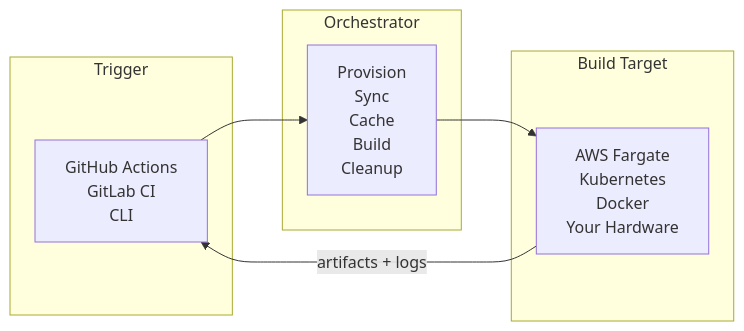
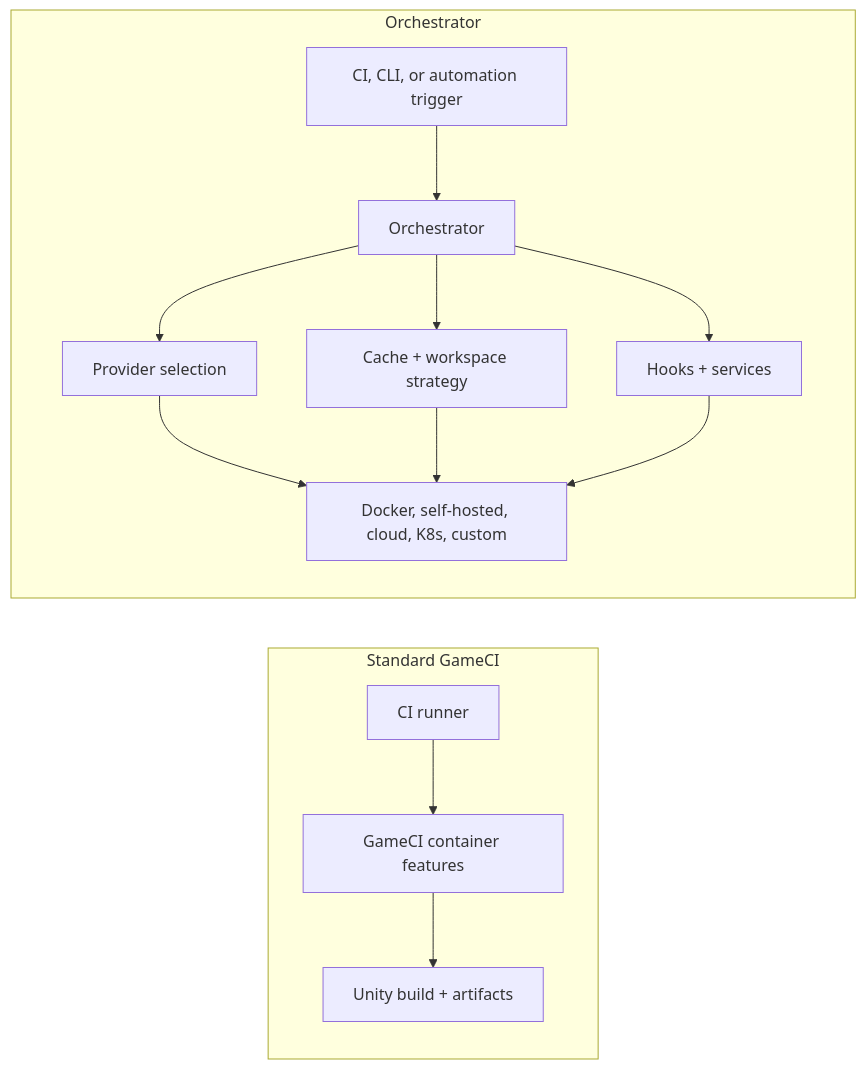
Before and after one commit to game-ci/documentation: the diagram in docs/03-github-orchestrator/01-introduction-to-orchestrator/01-introduction.mdx, drawn with Mermaid. The commit also changed other lines of this file and 13 other files, not shown here.

Commit message:
docs: document public cli and orchestrator positioning

````diff
--- a/docs/03-github-orchestrator/01-introduction-to-orchestrator/01-introduction.mdx
+++ b/docs/03-github-orchestrator/01-introduction-to-orchestrator/01-introduction.mdx
@@ -12,14 +16,17 @@
 ```mermaid
 flowchart LR
-  subgraph trigger["Trigger"]
-    A["GitHub Actions\nGitLab CI\nCLI"]
+  subgraph standard["Standard GameCI"]
+    A["CI runner"] --> B["GameCI container features"]
+    B --> C["Unity build + artifacts"]
   end
-  subgraph orchestrator["Orchestrator"]
-    B["Provision\nSync\nCache\nBuild\nCleanup"]
+
+  subgraph orchestrated["Orchestrator"]
+    D["CI, CLI, or automation trigger"] --> E["Orchestrator"]
+    E --> F["Provider selection"]
+    E --> G["Cache + workspace strategy"]
+    E --> H["Hooks + services"]
+    F --> I["Docker, self-hosted, cloud, K8s, custom"]
+    G --> I
+    H --> I
   end
-  subgraph target["Build Target"]
-    C["AWS Fargate\nKubernetes\nDocker\nYour Hardware"]
-  end
-  A --> B --> C
-  C -- "artifacts + logs" --> A
 ```
````
